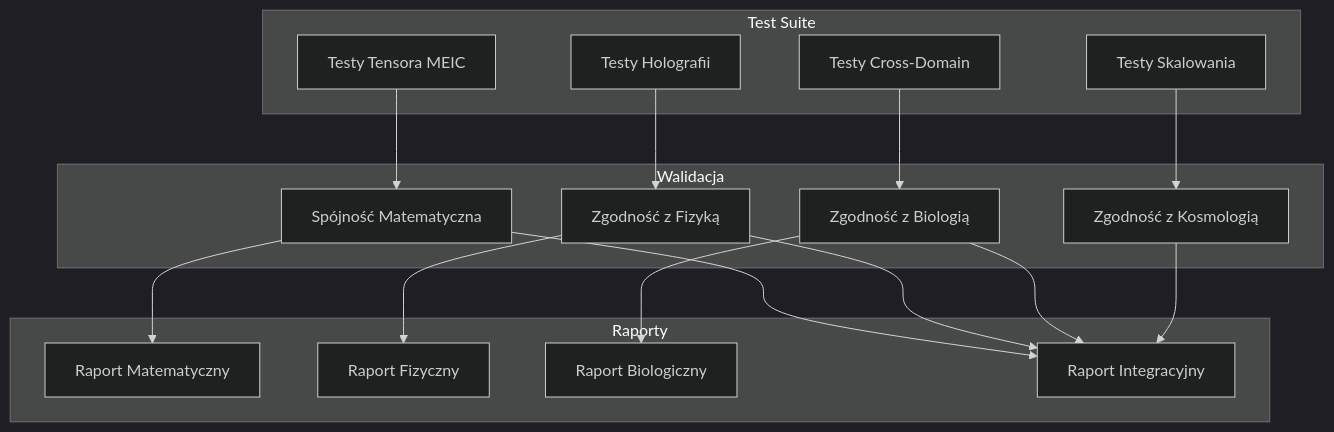
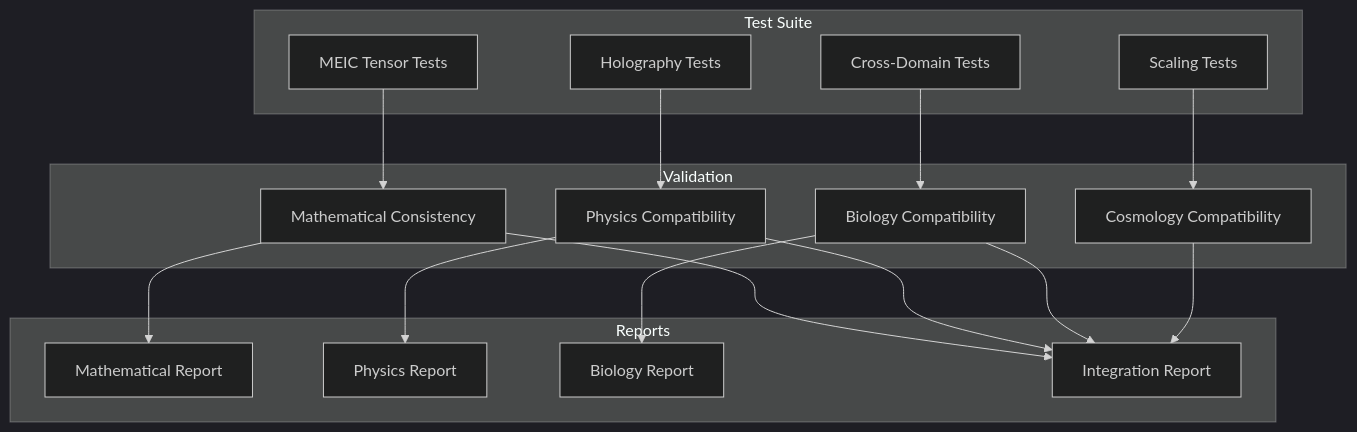
The eighth of 8 diagrams in theory/phase-4-interdisciplinary-integration/DIAGRAMS.md (piopio314/THEORY-OF-CONSCIOUS-INFORMATIONAL-DETERMINATION), drawn with Mermaid (dark theme) before and after one commit. The commit also changed other lines of this file and 23 other files, not shown here.

````diff
--- a/theory/phase-4-interdisciplinary-integration/DIAGRAMS.md
+++ b/theory/phase-4-interdisciplinary-integration/DIAGRAMS.md
@@ -262,36 +262,36 @@
 ```mermaid
 graph TD
     subgraph "Test Suite"
-        T1[Testy Tensora MEIC]
-        T2[Testy Holografii]
-        T3[Testy Cross-Domain]
-        T4[Testy Skalowania]
+        T1[MEIC Tensor Tests]
+        T2[Holography Tests]
+        T3[Cross-Domain Tests]
+        T4[Scaling Tests]
     end
     
-    subgraph "Walidacja"
-        V1[Spójność Matematyczna]
-        V2[Zgodność z Fizyką]
-        V3[Zgodność z Biologią]
-        V4[Zgodność z Kosmologią]
+    subgraph "Validation"
+        V1[Mathematical Consistency]
+        V2[Physics Compatibility]
+        V3[Biology Compatibility]
+        V4[Cosmology Compatibility]
     end
     
-    subgraph "Raporty"
-        R1[Raport Matematyczny]
-        R2[Raport Fizyczny]
-        R3[Raport Biologiczny]
-        R4[Raport Integracyjny]
+    subgraph "Reports"
+        R1[Mathematical Report]
+        R2[Physics Report]
+        R3[Biology Report]
+        R4[Integration Report]
     end
     
     T1 --> V1
     T2 --> V2
     T3 --> V3
     T4 --> V4
     
     V1 --> R1
     V2 --> R2
     V3 --> R3
     V1 --> R4
     V2 --> R4
     V3 --> R4
     V4 --> R4
 ```
````
